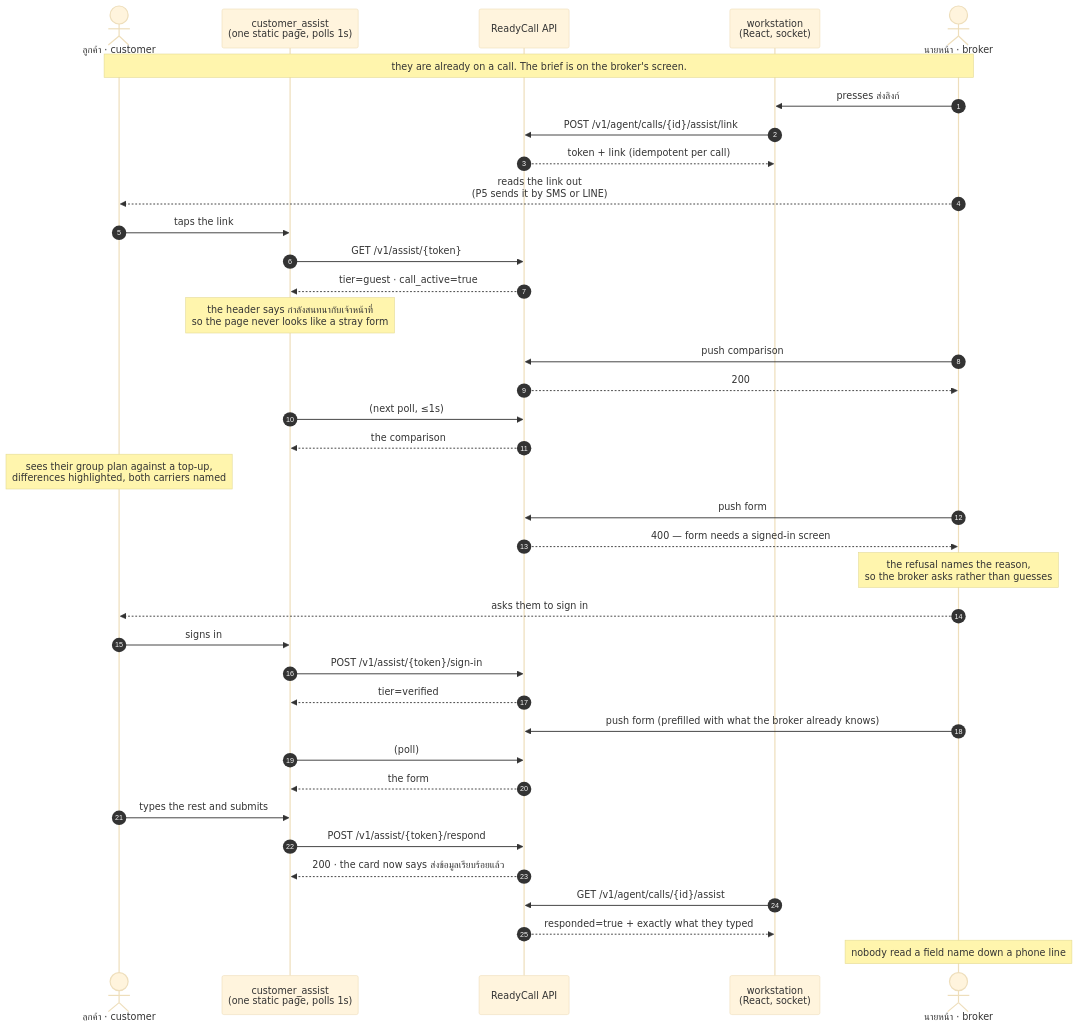
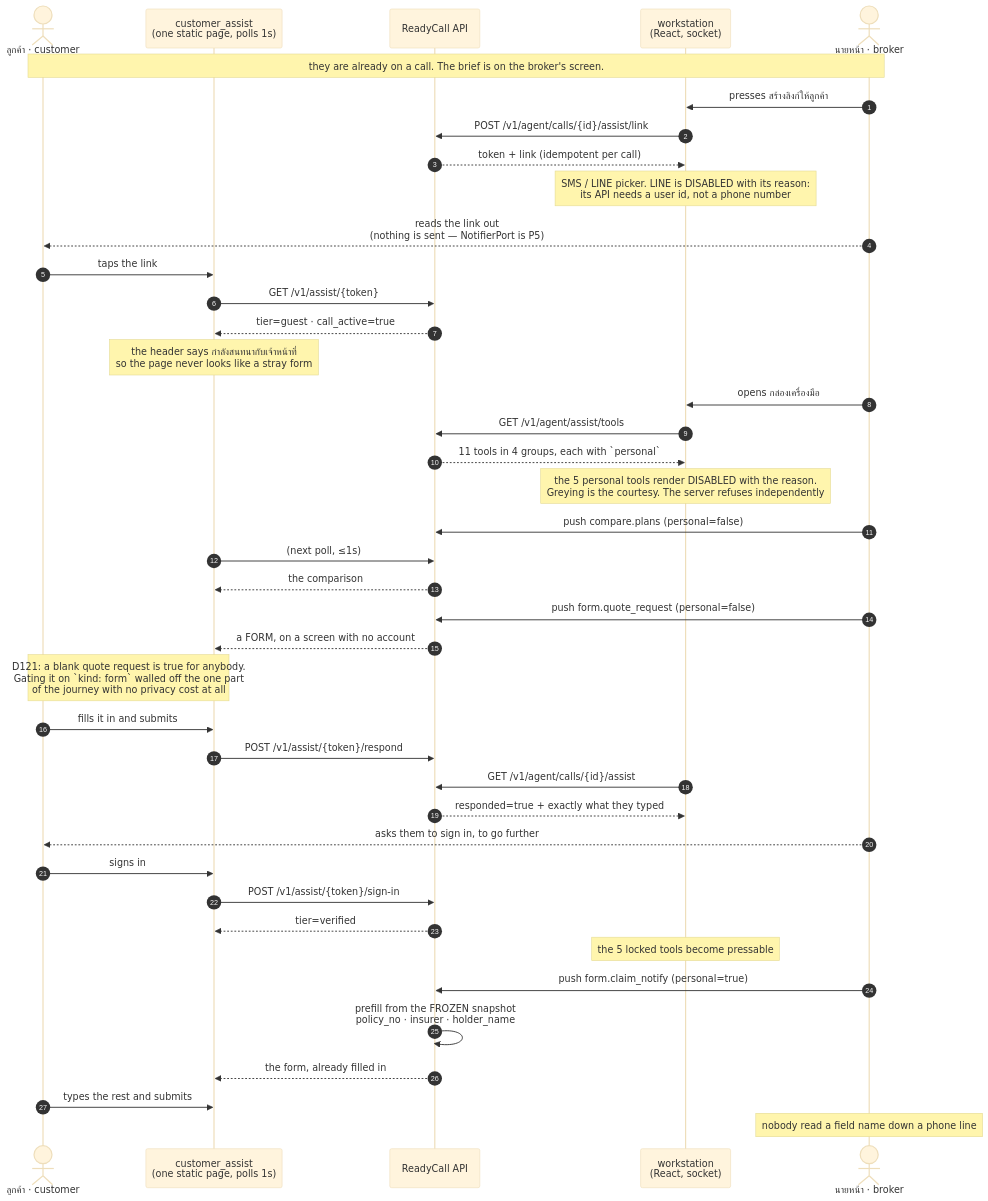
One commit to anakom-suvonvorn/Krungsri-ReadyCall changed the diagram in docs/diagrams/src/assist_push.mmd. Above: the diagram before and after it, drawn with Mermaid (base theme). The commit also changed 25 other files, not shown here.

```diff
--- a/docs/diagrams/src/assist_push.mmd
+++ b/docs/diagrams/src/assist_push.mmd
@@ -1,47 +1,56 @@
-%% HANDWRITTEN. Checked against D120 + api/routers/assist.py + apps/customer_assist/index.html
+%% HANDWRITTEN. Checked against D120 + D121 + api/routers/agent.py + services/assist/service.py
+%% + apps/workstation/src/assist.tsx + apps/customer_assist/index.html
 %% One round trip: the broker stops describing a website and fills it instead.
+%% REWRITTEN 2026-09-08 for D121. The previous version drew `push form -> 400`, which was
+%% D120's KIND-based gate and is now wrong in both directions: a blank quote form reaches a
+%% guest screen, and the personal one never gets as far as a 400 because the control is
+%% disabled with its reason.
 sequenceDiagram
     autonumber
     actor C as ลูกค้า · customer
     participant P as customer_assist<br/>(one static page, polls 1s)
     participant API as ReadyCall API
     participant W as workstation<br/>(React, socket)
     actor B as นายหน้า · broker
 
     Note over C,B: they are already on a call. The brief is on the broker's screen.
 
-    B->>W: presses ส่งลิงก์
+    B->>W: presses สร้างลิงก์ให้ลูกค้า
     W->>API: POST /v1/agent/calls/{id}/assist/link
     API-->>W: token + link (idempotent per call)
-    B-->>C: reads the link out<br/>(P5 sends it by SMS or LINE)
+    Note over W: SMS / LINE picker. LINE is DISABLED with its reason:<br/>its API needs a user id, not a phone number
+    B-->>C: reads the link out<br/>(nothing is sent — NotifierPort is P5)
 
     C->>P: taps the link
     P->>API: GET /v1/assist/{token}
     API-->>P: tier=guest · call_active=true
     Note over P: the header says กำลังสนทนากับเจ้าหน้าที่<br/>so the page never looks like a stray form
 
-    B->>API: push comparison
-    API-->>B: 200
+    B->>W: opens กล่องเครื่องมือ
+    W->>API: GET /v1/agent/assist/tools
+    API-->>W: 11 tools in 4 groups, each with `personal`
+    Note over W: the 5 personal tools render DISABLED with the reason.<br/>Greying is the courtesy. The server refuses independently
+
+    B->>API: push compare.plans (personal=false)
     P->>API: (next poll, ≤1s)
     API-->>P: the comparison
-    Note over C: sees their group plan against a top-up,<br/>differences highlighted, both carriers named
 
-    B->>API: push form
-    API-->>B: 400 — form needs a signed-in screen
-    Note over B: the refusal names the reason,<br/>so the broker asks rather than guesses
+    B->>API: push form.quote_request (personal=false)
+    API-->>P: a FORM, on a screen with no account
+    Note over C,P: D121: a blank quote request is true for anybody.<br/>Gating it on `kind: form` walled off the one part<br/>of the journey with no privacy cost at all
+    C->>P: fills it in and submits
+    P->>API: POST /v1/assist/{token}/respond
+    W->>API: GET /v1/agent/calls/{id}/assist
+    API-->>W: responded=true + exactly what they typed
 
-    B-->>C: asks them to sign in
+    B-->>C: asks them to sign in, to go further
     C->>P: signs in
     P->>API: POST /v1/assist/{token}/sign-in
     API-->>P: tier=verified
+    Note over W: the 5 locked tools become pressable
 
-    B->>API: push form (prefilled with what the broker already knows)
-    P->>API: (poll)
-    API-->>P: the form
+    B->>API: push form.claim_notify (personal=true)
+    API->>API: prefill from the FROZEN snapshot<br/>policy_no · insurer · holder_name
+    API-->>P: the form, already filled in
     C->>P: types the rest and submits
-    P->>API: POST /v1/assist/{token}/respond
-    API-->>P: 200 · the card now says ส่งข้อมูลเรียบร้อยแล้ว
-
-    W->>API: GET /v1/agent/calls/{id}/assist
-    API-->>W: responded=true + exactly what they typed
     Note over B: nobody read a field name down a phone line
```
